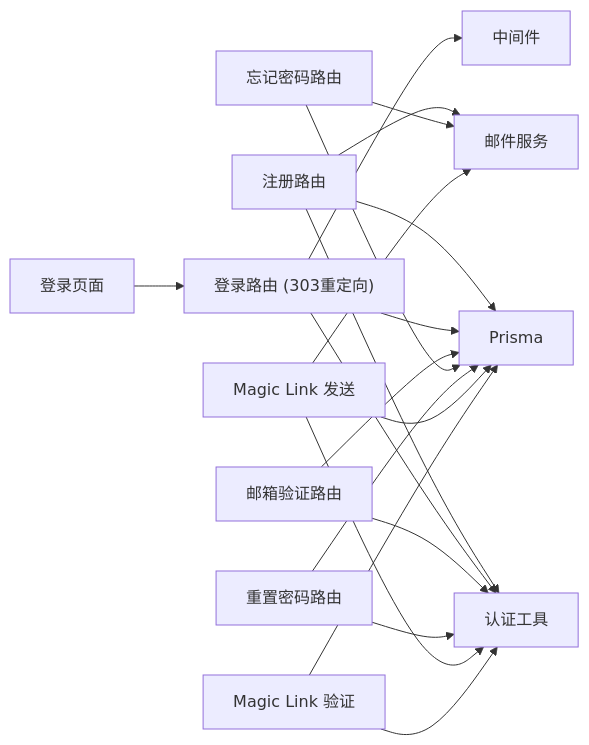
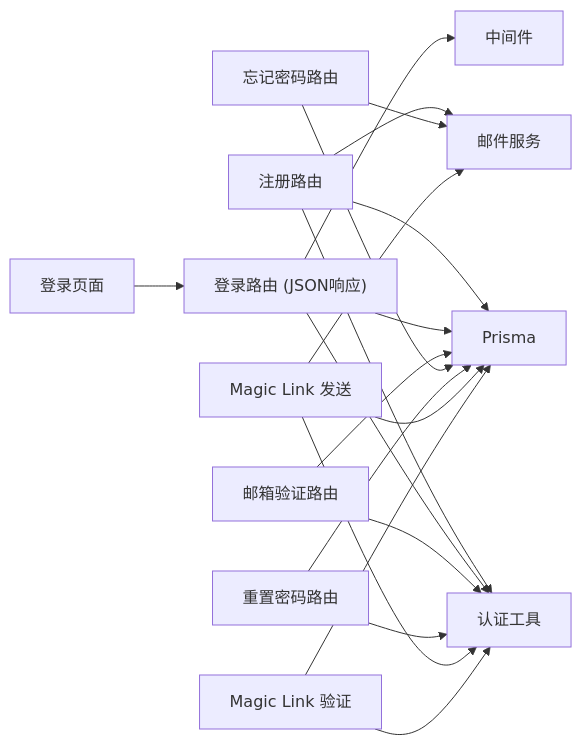
One commit to kangkang919/xinya changed the ninth of 10 diagrams in .qoder/repowiki/zh/content/用户认证系统/密码认证.md. Above: the diagram before and after it, drawn with Mermaid. The commit also changed other lines of this file and 35 other files, not shown here.

````diff
--- a/.qoder/repowiki/zh/content/用户认证系统/密码认证.md
+++ b/.qoder/repowiki/zh/content/用户认证系统/密码认证.md
@@ -497,21 +499,21 @@
 ```mermaid
 graph LR
 REG["注册路由"] --> AUTH["认证工具"]
 REG --> PRISMA["Prisma"]
 REG --> MAIL["邮件服务"]
-LOGIN["登录路由 (303重定向)"] --> AUTH
+LOGIN["登录路由 (JSON响应)"] --> AUTH
 LOGIN --> PRISMA
 LOGIN --> MIDDLEWARE["中间件"]
 VERIFY["邮箱验证路由"] --> AUTH
 VERIFY --> PRISMA
 FORGOT["忘记密码路由"] --> PRISMA
 FORGOT --> MAIL
 RESET["重置密码路由"] --> AUTH
 RESET --> PRISMA
 ML_SEND["Magic Link 发送"] --> PRISMA
 ML_SEND --> MAIL
 ML_SEND --> AUTH
 ML_VERIFY["Magic Link 验证"] --> AUTH
 ML_VERIFY --> PRISMA
 LOGIN_PAGE["登录页面"] --> LOGIN
 ```
````
